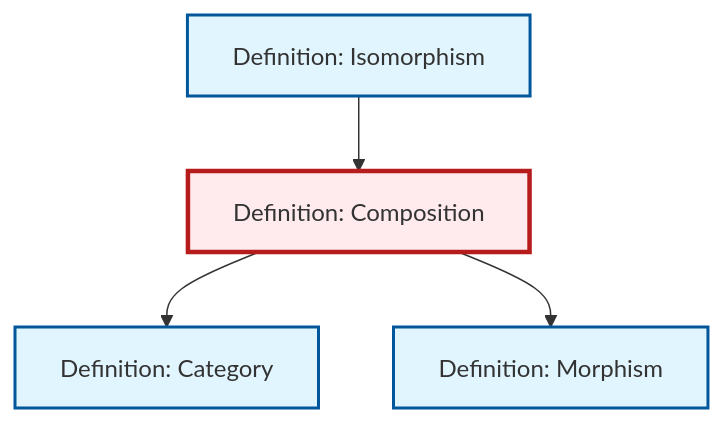
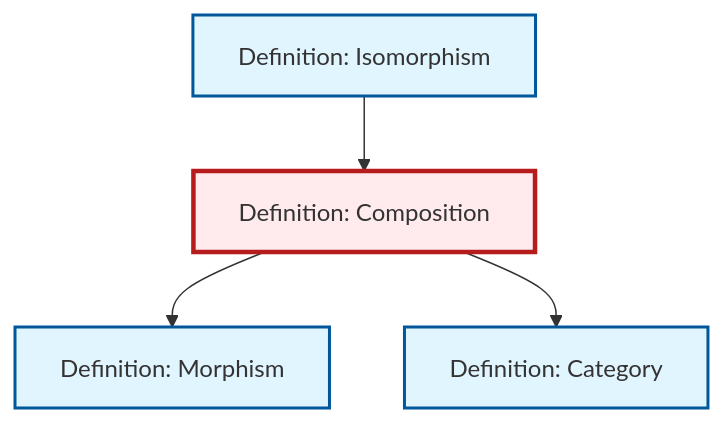
One commit to RK0429/ModernMath changed the diagram in content/ja/category-theory/def-composition.qmd. Above: the diagram before and after it, drawn with Mermaid. The commit also changed other lines of this file and 491 other files, not shown here.

````diff
--- a/content/ja/category-theory/def-composition.qmd
+++ b/content/ja/category-theory/def-composition.qmd
@@ -93,20 +93,20 @@
 ```{mermaid}
 %%| fig-cap: "Local dependency graph"
 graph TD
     classDef definition fill:#e1f5fe,stroke:#01579b,stroke-width:2px
     classDef theorem fill:#f3e5f5,stroke:#4a148c,stroke-width:2px
     classDef axiom fill:#fff3e0,stroke:#e65100,stroke-width:2px
     classDef example fill:#e8f5e9,stroke:#1b5e20,stroke-width:2px
     classDef current fill:#ffebee,stroke:#b71c1c,stroke-width:3px
-    def-category["Definition: Category"]:::definition
-    def-composition["Definition: Composition"]:::definition
     def-isomorphism["Definition: Isomorphism"]:::definition
     def-morphism["Definition: Morphism"]:::definition
+    def-composition["Definition: Composition"]:::definition
+    def-category["Definition: Category"]:::definition
     def-isomorphism --> def-composition
+    def-composition --> def-morphism
     def-composition --> def-category
-    def-composition --> def-morphism
     class def-composition current
-    click def-category "def-category.html" "Definition: Categoryへ"
     click def-isomorphism "def-isomorphism.html" "Definition: Isomorphismへ"
     click def-morphism "def-morphism.html" "Definition: Morphismへ"
+    click def-category "def-category.html" "Definition: Categoryへ"
 ```
````
